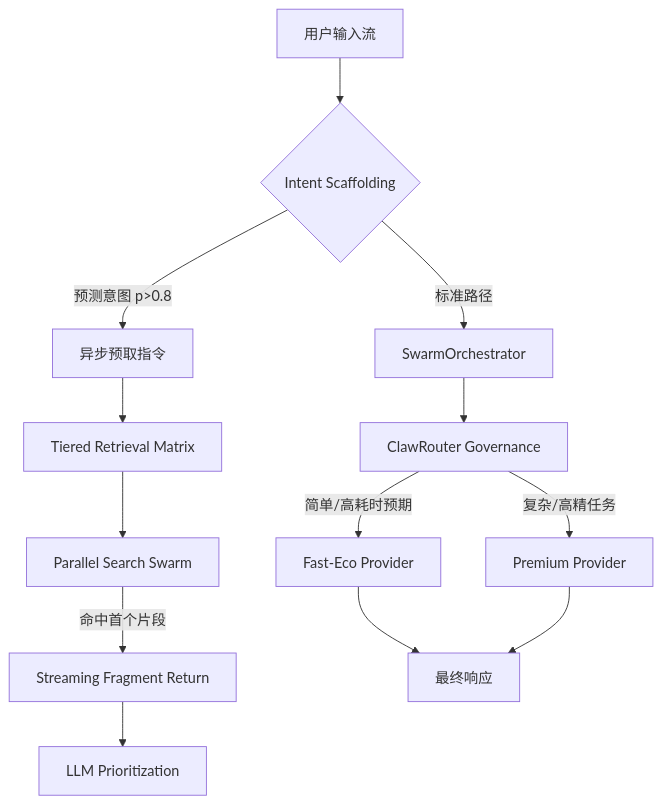
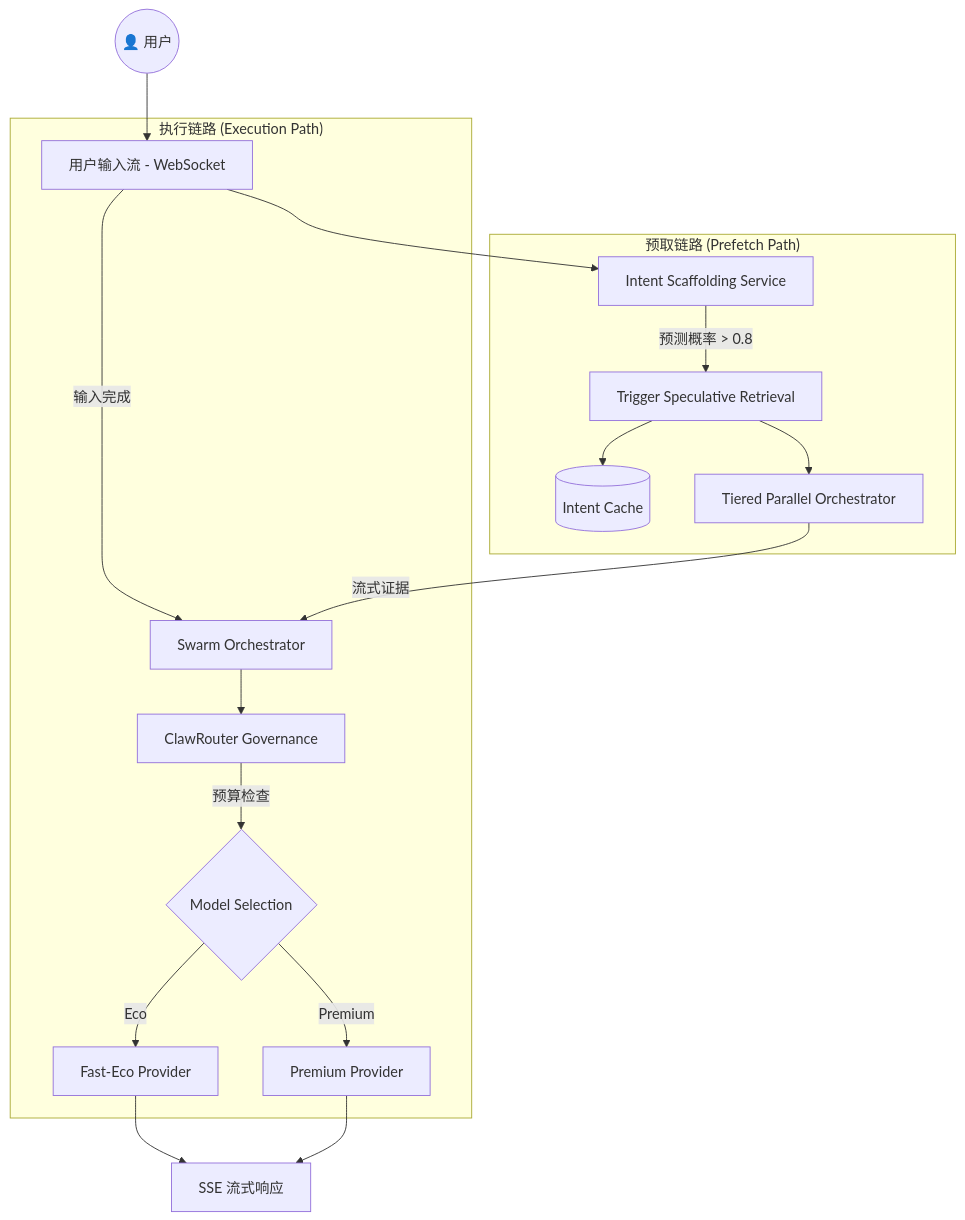
Before and after one commit to zxl85813-web/HiveMind_RAG: the first of 2 diagrams in docs/design/DES-013-phase1-reconstruction.md, drawn with Mermaid. The commit also changed other lines of this file and 4 other files, not shown here.

````diff
--- a/docs/design/DES-013-phase1-reconstruction.md
+++ b/docs/design/DES-013-phase1-reconstruction.md
@@ -15,14 +16,22 @@
 ```mermaid
 graph TD
-    A[用户输入流] --> B{Intent Scaffolding}
-    B -->|预测意图 p>0.8| C[异步预取指令]
-    B -->|标准路径| D[SwarmOrchestrator]
-    C --> E[Tiered Retrieval Matrix]
-    E --> F[Parallel Search Swarm]
-    F -->|命中首个片段| G[Streaming Fragment Return]
-    G --> H[LLM Prioritization]
-    D --> I[ClawRouter Governance]
-    I -->|简单/高耗时预期| J[Fast-Eco Provider]
-    I -->|复杂/高精任务| K[Premium Provider]
-    J & K --> L[最终响应]
+    User((👤 用户)) --> Input[用户输入流 - WebSocket]
+    Input --> Scaffolding[Intent Scaffolding Service]
+    
+    subgraph "预取链路 (Prefetch Path)"
+        Scaffolding -->|预测概率 > 0.8| Trigger[Trigger Speculative Retrieval]
+        Trigger --> Cache[(Intent Cache)]
+        Trigger --> Parallel[Tiered Parallel Orchestrator]
+    end
+    
+    subgraph "执行链路 (Execution Path)"
+        Input -->|输入完成| Swarm[Swarm Orchestrator]
+        Swarm --> Router[ClawRouter Governance]
+        Router -->|预算检查| Selection{Model Selection}
+        Selection -->|Eco| GLM[Fast-Eco Provider]
+        Selection -->|Premium| DeepSeek[Premium Provider]
+    end
+    
+    Parallel -->|流式证据| Swarm
+    GLM & DeepSeek --> Output[SSE 流式响应]
 ```
````
